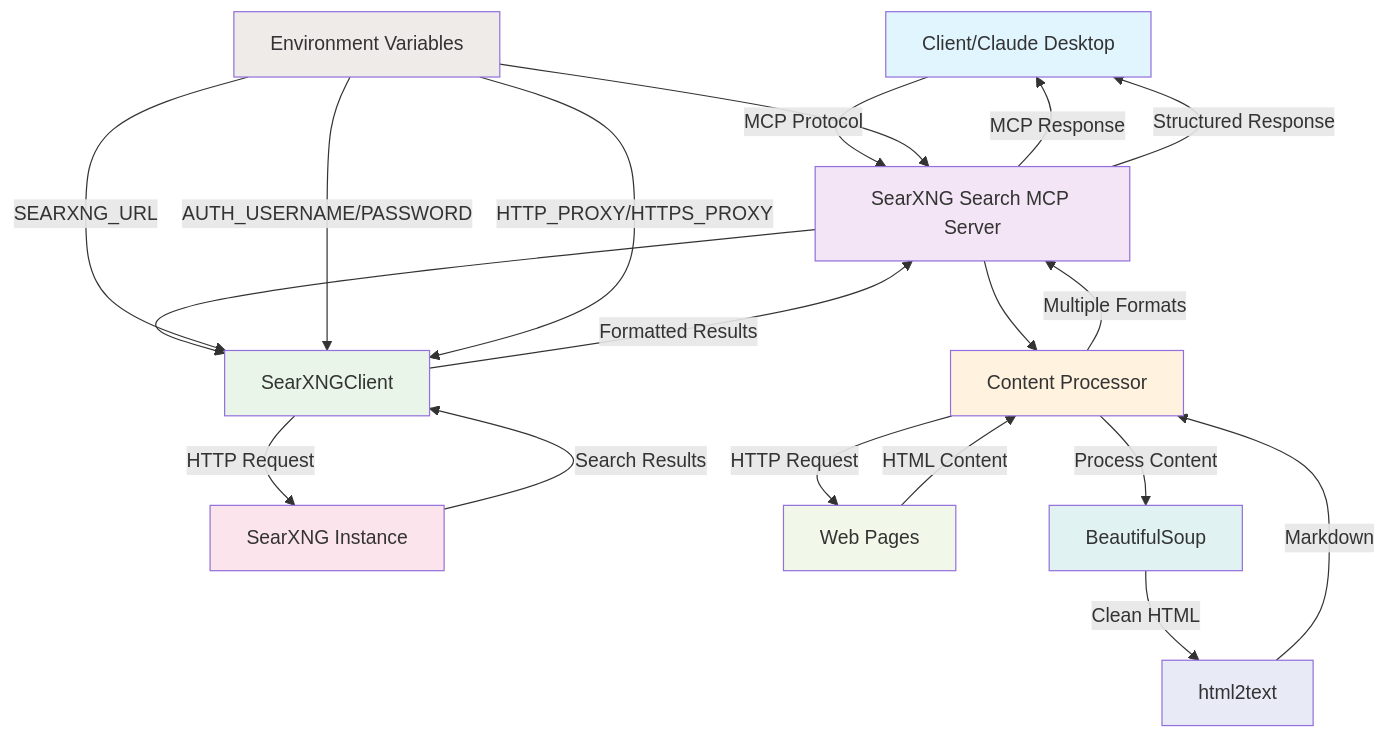
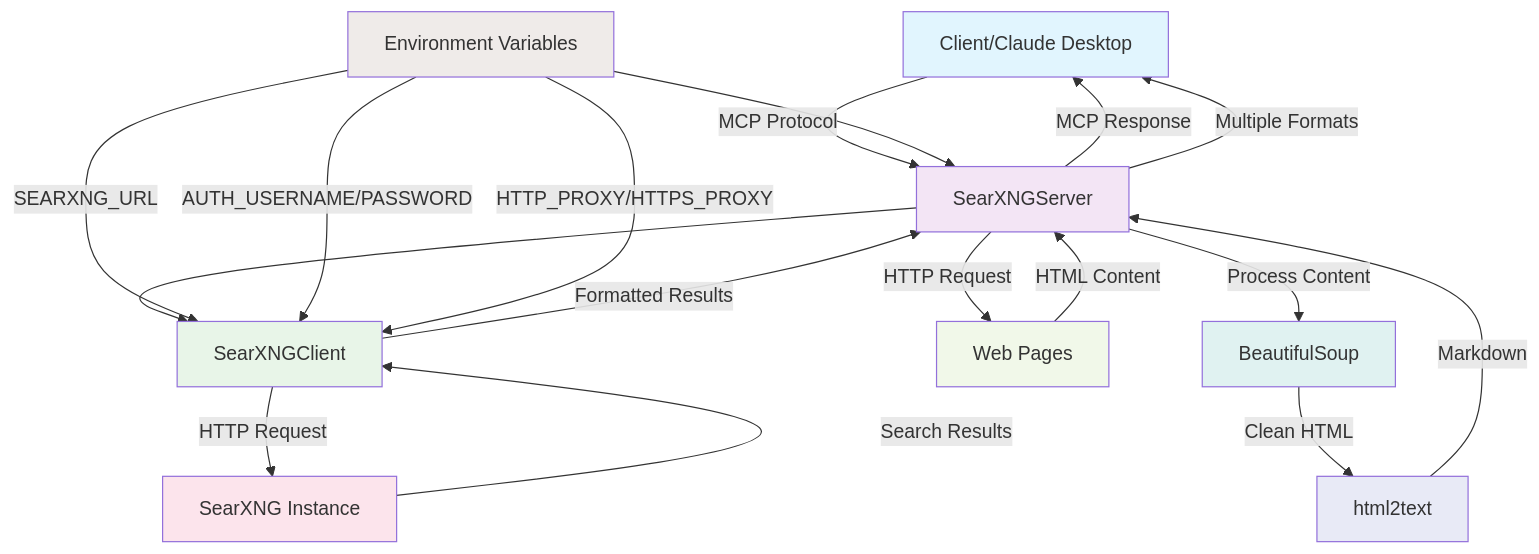
The diagram in README.md (cgycorey/searxng_search_mcp), drawn with Mermaid before and after one commit.

````diff
--- a/README.md
+++ b/README.md
@@ -24,34 +24,31 @@
 ```mermaid
 graph TD
-    A[Client/Claude Desktop] -->|MCP Protocol| B[SearXNG Search MCP Server]
+    A[Client/Claude Desktop] -->|MCP Protocol| B[SearXNGServer]
     B --> C[SearXNGClient]
-    B --> D[Content Processor]
     
-    C -->|HTTP Request| E[SearXNG Instance]
-    E -->|Search Results| C
+    C -->|HTTP Request| D[SearXNG Instance]
+    D -->|Search Results| C
     C -->|Formatted Results| B
     B -->|MCP Response| A
     
-    D -->|HTTP Request| F[Web Pages]
-    F -->|HTML Content| D
-    D -->|Process Content| G[BeautifulSoup]
-    G -->|Clean HTML| H[html2text]
-    H -->|Markdown| D
-    D -->|Multiple Formats| B
-    B -->|Structured Response| A
+    B -->|HTTP Request| E[Web Pages]
+    E -->|HTML Content| B
+    B -->|Process Content| F[BeautifulSoup]
+    F -->|Clean HTML| G[html2text]
+    G -->|Markdown| B
+    B -->|Multiple Formats| A
     
-    I[Environment Variables] --> B
-    I -->|SEARXNG_URL| C
-    I -->|AUTH_USERNAME/PASSWORD| C
-    I -->|HTTP_PROXY/HTTPS_PROXY| C
+    H[Environment Variables] --> B
+    H -->|SEARXNG_URL| C
+    H -->|AUTH_USERNAME/PASSWORD| C
+    H -->|HTTP_PROXY/HTTPS_PROXY| C
     
     style A fill:#e1f5fe
     style B fill:#f3e5f5
     style C fill:#e8f5e8
-    style D fill:#fff3e0
-    style E fill:#fce4ec
-    style F fill:#f1f8e9
-    style G fill:#e0f2f1
-    style H fill:#e8eaf6
-    style I fill:#efebe9
+    style D fill:#fce4ec
+    style E fill:#f1f8e9
+    style F fill:#e0f2f1
+    style G fill:#e8eaf6
+    style H fill:#efebe9
 ```
````
